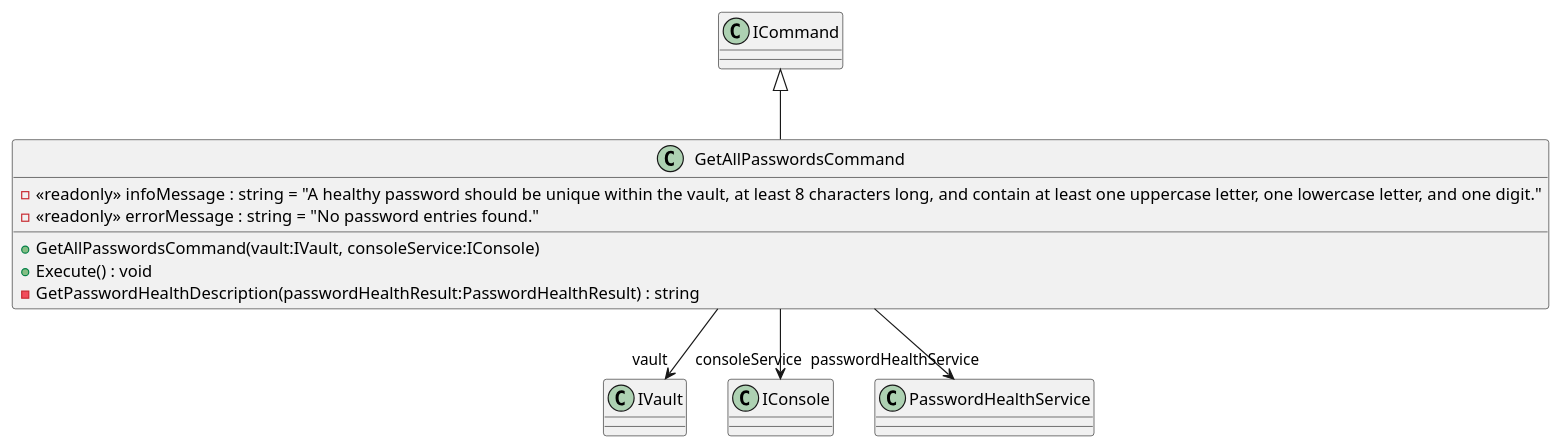
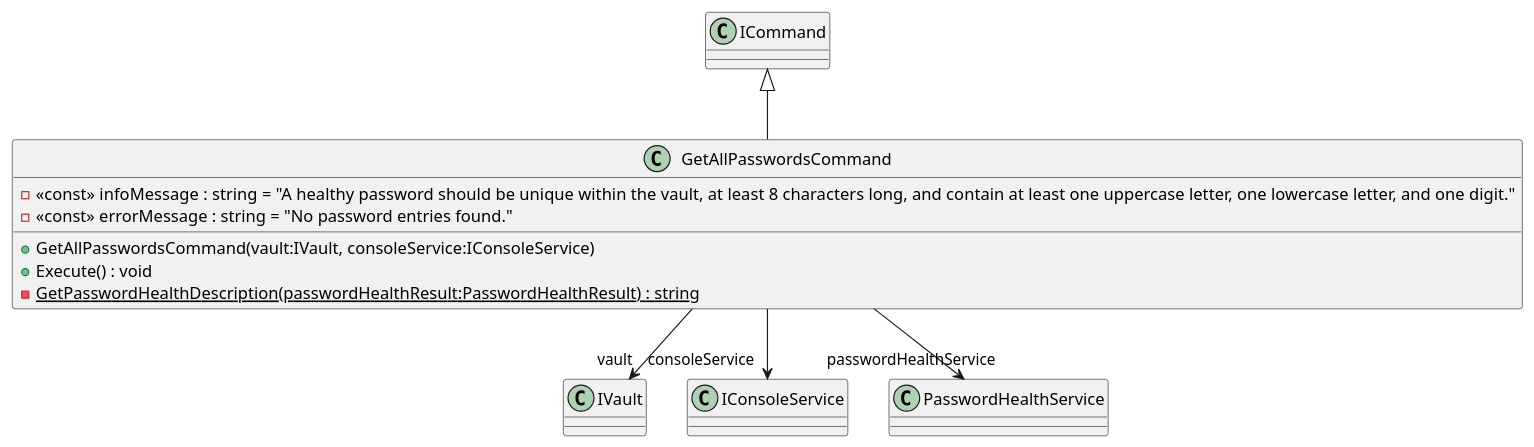
One commit to BeierKevin/KeyVaultCLI changed the diagram in uml/src/KeyVaultCli.Application/PasswordEntry/Commands/GetPasswordEntry/GetAllPasswordsCommand.puml. Above: the diagram before and after it, drawn with PlantUML. The commit also changed 16 other files, not shown here.

```diff
--- a/uml/src/KeyVaultCli.Application/PasswordEntry/Commands/GetPasswordEntry/GetAllPasswordsCommand.puml
+++ b/uml/src/KeyVaultCli.Application/PasswordEntry/Commands/GetPasswordEntry/GetAllPasswordsCommand.puml
@@ -1,13 +1,13 @@
 @startuml
 class GetAllPasswordsCommand {
-    - <<readonly>> infoMessage : string = "A healthy password should be unique within the vault, at least 8 characters long, and contain at least one uppercase letter, one lowercase letter, and one digit."
-    - <<readonly>> errorMessage : string = "No password entries found."
-    + GetAllPasswordsCommand(vault:IVault, consoleService:IConsole)
+    - <<const>> infoMessage : string = "A healthy password should be unique within the vault, at least 8 characters long, and contain at least one uppercase letter, one lowercase letter, and one digit."
+    - <<const>> errorMessage : string = "No password entries found."
+    + GetAllPasswordsCommand(vault:IVault, consoleService:IConsoleService)
     + Execute() : void
-    - GetPasswordHealthDescription(passwordHealthResult:PasswordHealthResult) : string
+    - {static} GetPasswordHealthDescription(passwordHealthResult:PasswordHealthResult) : string
 }
 ICommand <|-- GetAllPasswordsCommand
 GetAllPasswordsCommand --> "vault" IVault
-GetAllPasswordsCommand --> "consoleService" IConsole
+GetAllPasswordsCommand --> "consoleService" IConsoleService
 GetAllPasswordsCommand --> "passwordHealthService" PasswordHealthService
 @enduml
```
